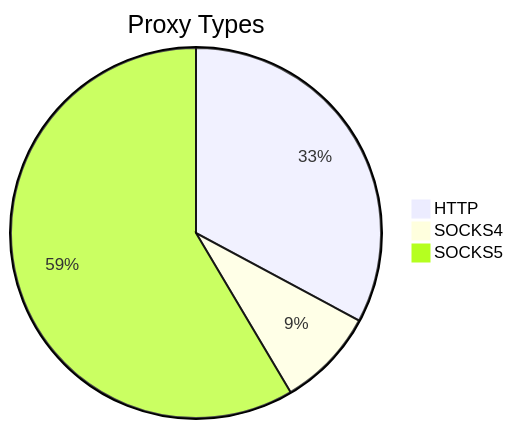
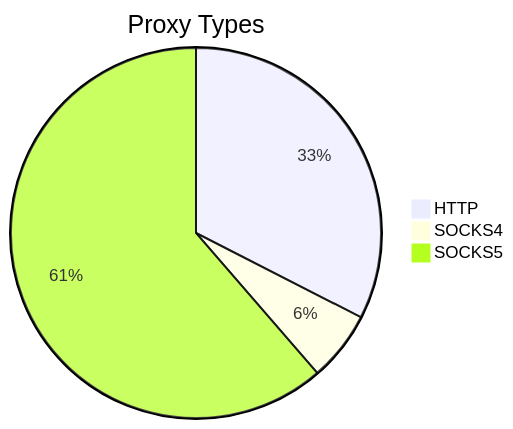
One commit to stormsia/proxy-list changed the first of 2 diagrams in README.md. Above: the diagram before and after it, drawn with Mermaid. The commit also changed other lines of this file, not shown here.

````diff
--- a/README.md
+++ b/README.md
@@ -21,6 +21,6 @@
 ```mermaid
 pie title Proxy Types
-    "HTTP" : 179
-    "SOCKS4" : 47
-    "SOCKS5" : 319
+    "HTTP" : 186
+    "SOCKS4" : 35
+    "SOCKS5" : 351
 ```
````
